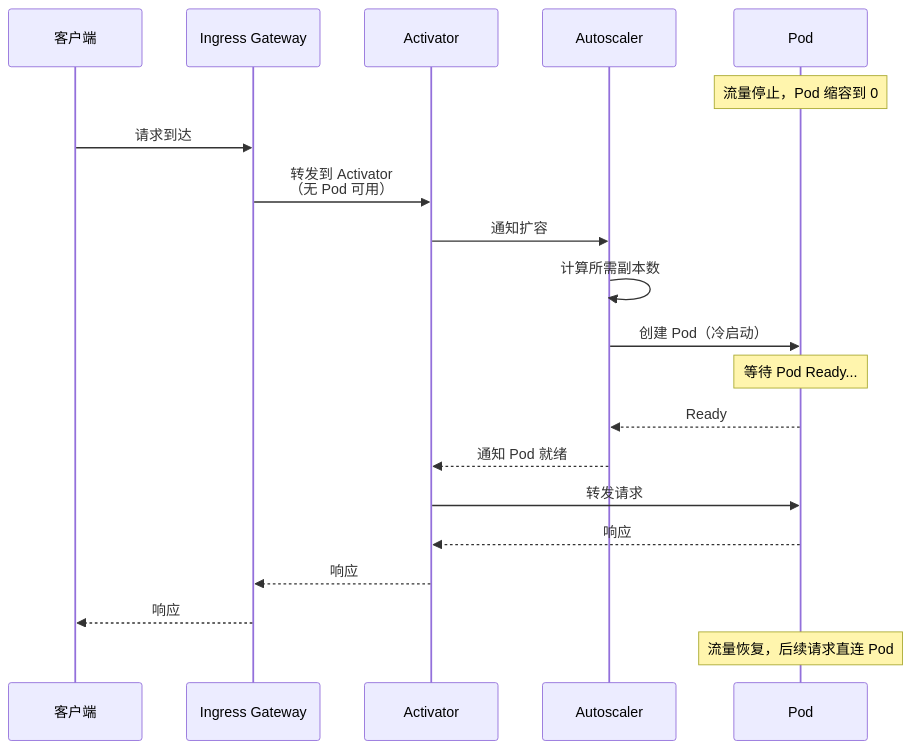
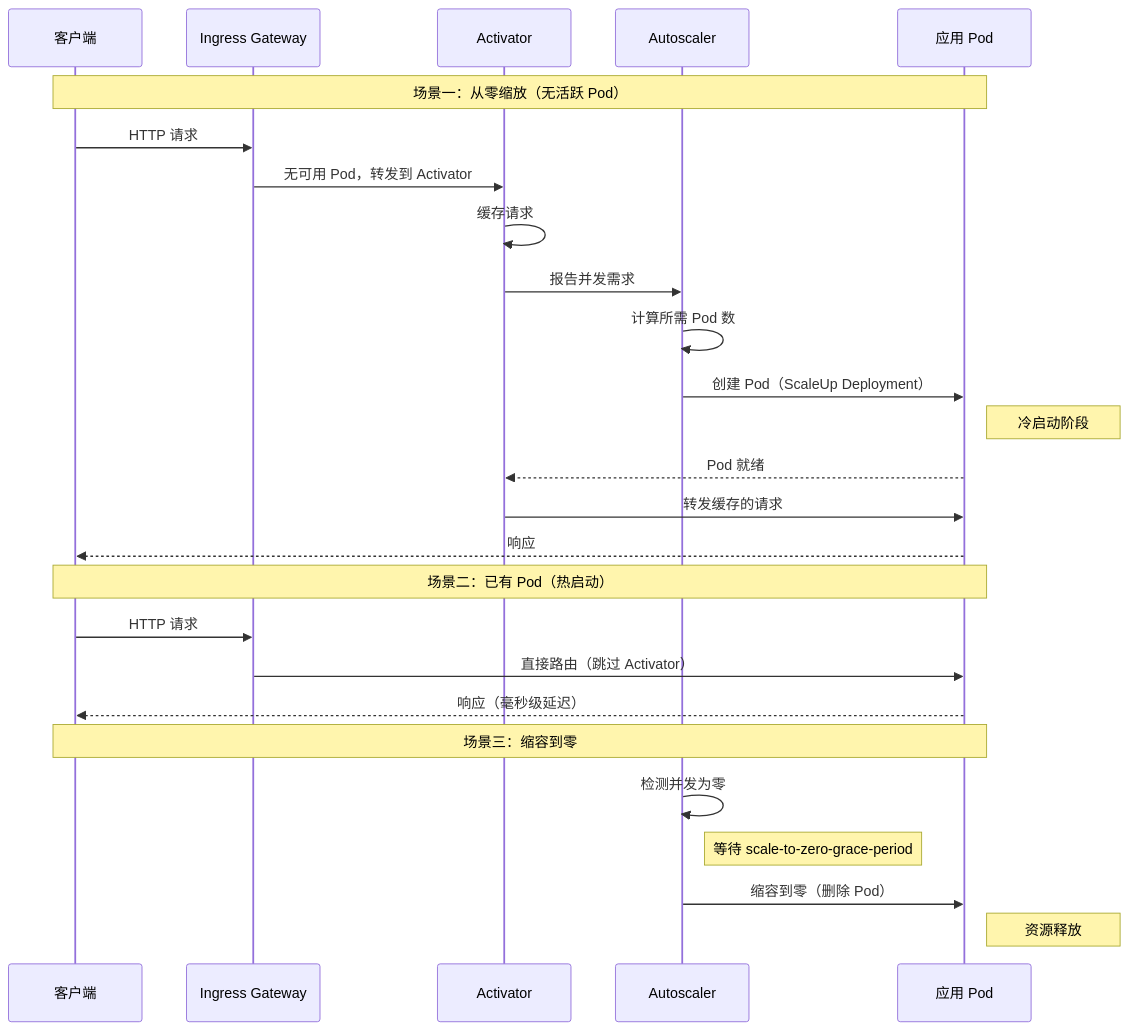
One commit to moklgydocs/moklgydocs.github.io changed the ninth of 23 diagrams in src/运维与部署/Docker_K8s/08_云原生生态/02_Serverless与Knative.md. Above: the diagram before and after it, drawn with Mermaid. The commit also changed other lines of this file and 1 other file, not shown here.

````diff
--- a/src/运维与部署/Docker_K8s/08_云原生生态/02_Serverless与Knative.md
+++ b/src/运维与部署/Docker_K8s/08_云原生生态/02_Serverless与Knative.md
@@ -189,27 +490,34 @@
 ```mermaid
 sequenceDiagram
     participant Client as 客户端
     participant GW as Ingress Gateway
-    participant Act as Activator
-    participant Auto as Autoscaler
-    participant Pod as Pod
+    participant Activator as Activator
+    participant Autoscaler as Autoscaler
+    participant Pod as 应用 Pod
 
-    Note over Pod: 流量停止，Pod 缩容到 0
+    Note over Client,Pod: 场景一：从零缩放（无活跃 Pod）
 
-    Client->>GW: 请求到达
-    GW->>Act: 转发到 Activator<br/>（无 Pod 可用）
-    Act->>Auto: 通知扩容
-    Auto->>Auto: 计算所需副本数
-    Auto->>Pod: 创建 Pod（冷启动）
+    Client->>GW: HTTP 请求
+    GW->>Activator: 无可用 Pod，转发到 Activator
+    Activator->>Activator: 缓存请求
+    Activator->>Autoscaler: 报告并发需求
+    Autoscaler->>Autoscaler: 计算所需 Pod 数
+    Autoscaler->>Pod: 创建 Pod（ScaleUp Deployment）
+    Note right of Pod: 冷启动阶段
+    Pod-->>Activator: Pod 就绪
+    Activator->>Pod: 转发缓存的请求
+    Pod-->>Client: 响应
 
-    Note over Pod: 等待 Pod Ready...
+    Note over Client,Pod: 场景二：已有 Pod（热启动）
 
-    Pod-->>Auto: Ready
-    Auto-->>Act: 通知 Pod 就绪
-    Act->>Pod: 转发请求
-    Pod-->>Act: 响应
-    Act-->>GW: 响应
-    GW-->>Client: 响应
+    Client->>GW: HTTP 请求
+    GW->>Pod: 直接路由（跳过 Activator）
+    Pod-->>Client: 响应（毫秒级延迟）
 
-    Note over Pod: 流量恢复，后续请求直连 Pod
+    Note over Client,Pod: 场景三：缩容到零
+
+    Autoscaler->>Autoscaler: 检测并发为零
+    Note right of Autoscaler: 等待 scale-to-zero-grace-period
+    Autoscaler->>Pod: 缩容到零（删除 Pod）
+    Note right of Pod: 资源释放
 ```
````
